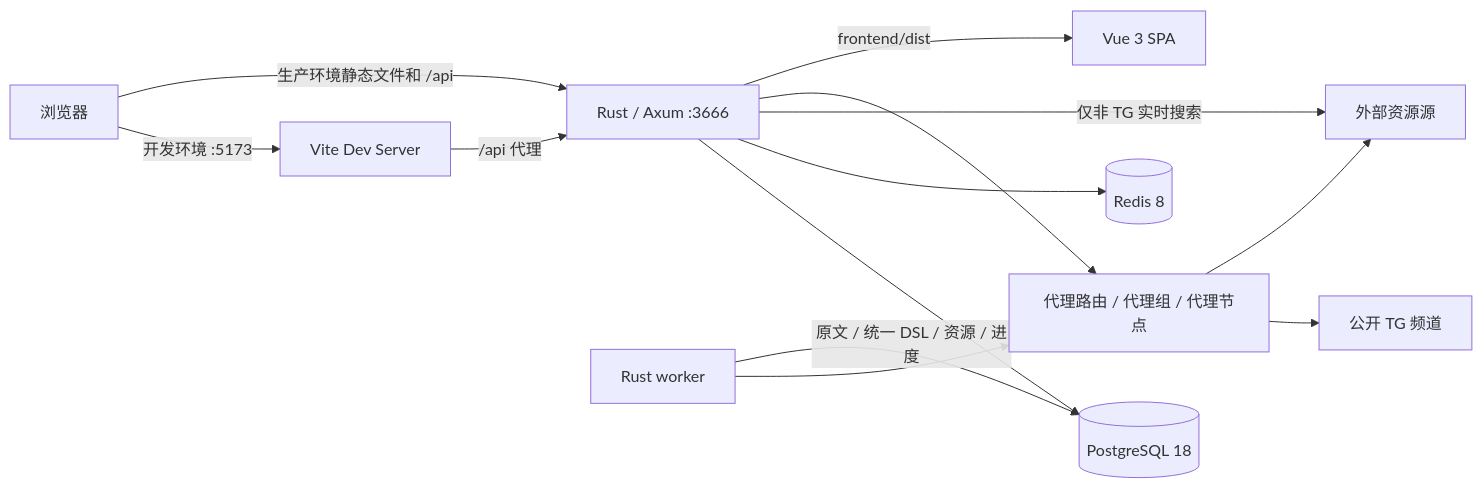
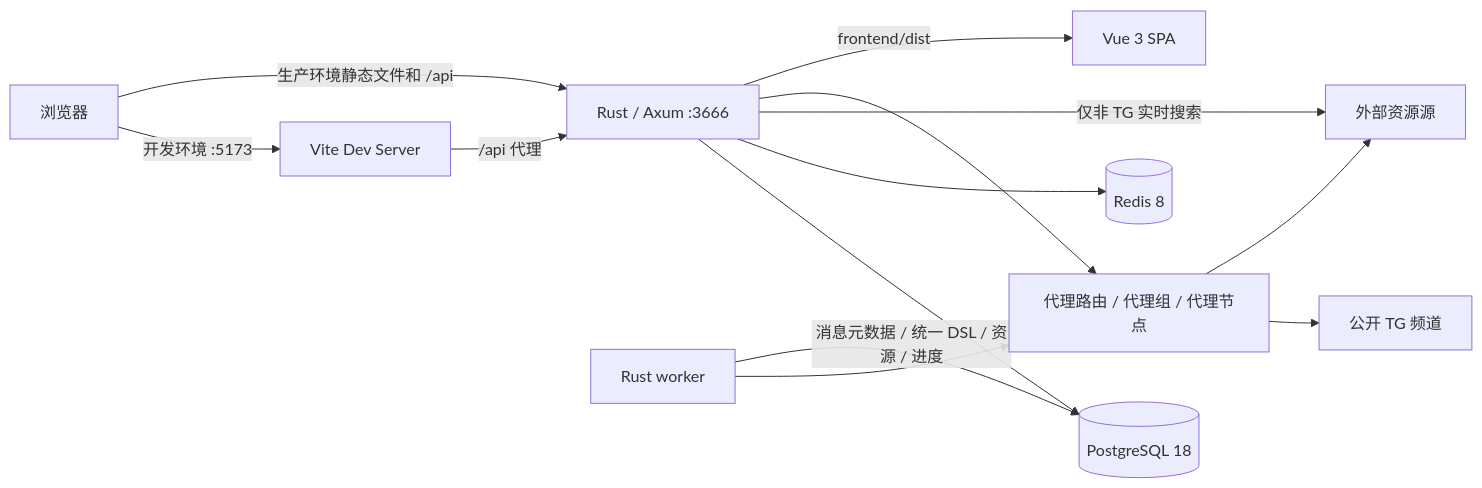
One commit to rijianyunxi/pansou changed the first of 3 diagrams in README.md. Above: the diagram before and after it, drawn with Mermaid. The commit also changed other lines of this file and 18 other files, not shown here.

````diff
--- a/README.md
+++ b/README.md
@@ -14,17 +14,17 @@
 ```mermaid
 flowchart LR
     U[浏览器] -->|开发环境 :5173| V[Vite Dev Server]
     V -->|/api 代理| A[Rust / Axum :3666]
     U -->|生产环境静态文件和 /api| A
 
     A --> PG[(PostgreSQL 18)]
     A --> R[(Redis 8)]
     A -->|仅非 TG 实时搜索| S[外部资源源]
     W[Rust worker] --> P
     P --> T[公开 TG 频道]
-    W -->|原文 / 统一 DSL / 资源 / 进度| PG
+    W -->|消息元数据 / 统一 DSL / 资源 / 进度| PG
     A --> P[代理路由 / 代理组 / 代理节点]
     P --> S
 
     A -->|frontend/dist| SPA[Vue 3 SPA]
 ```
````
